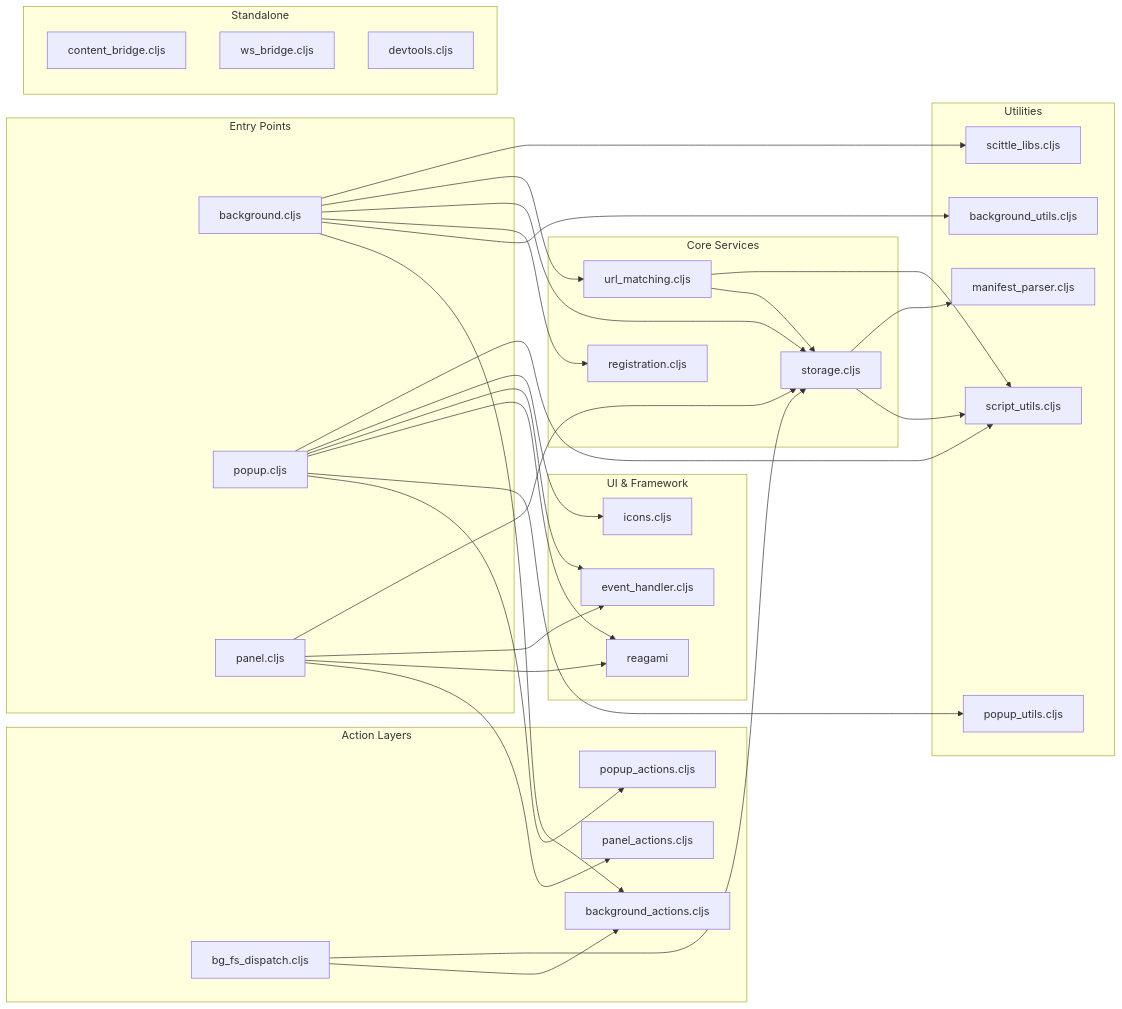
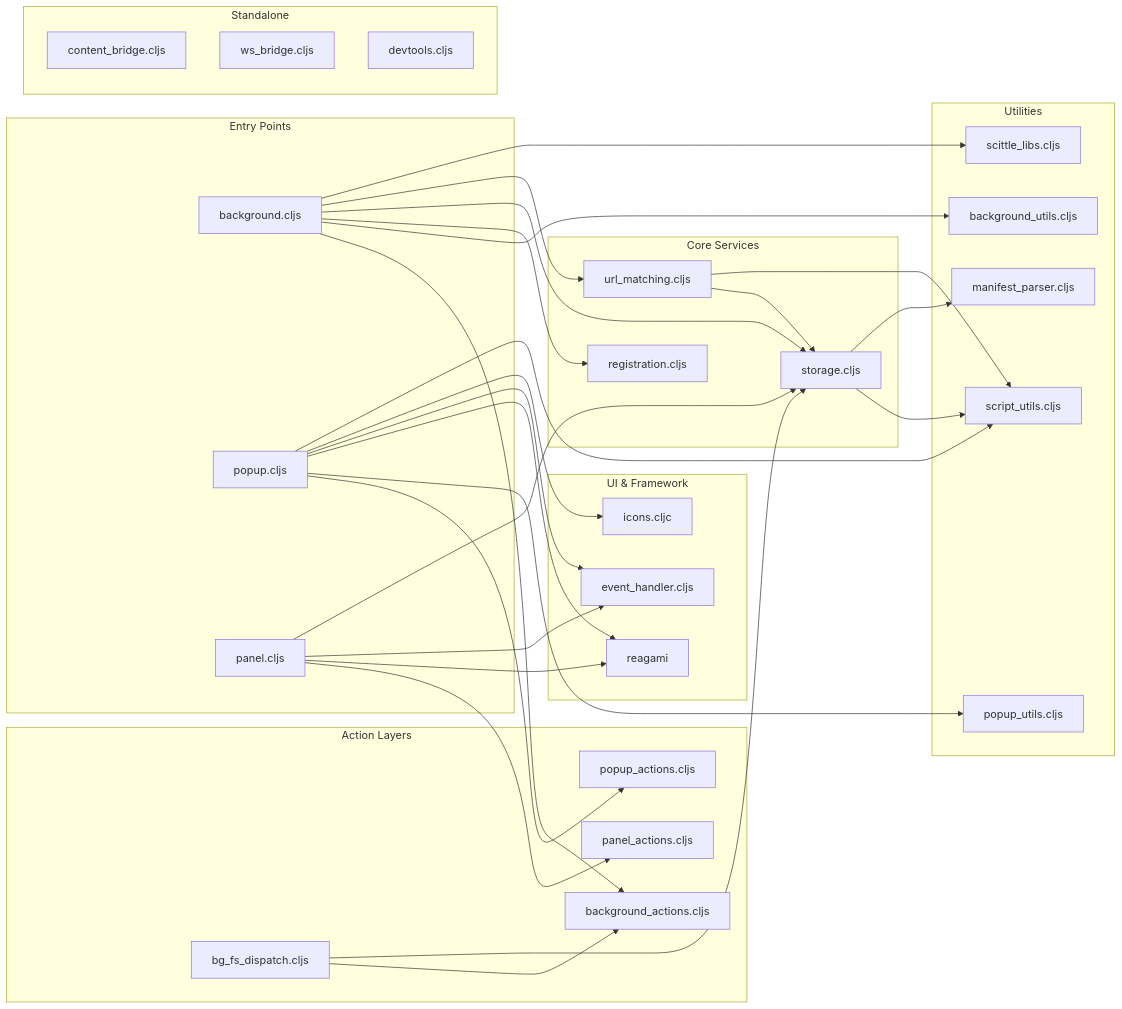
The diagram in dev/docs/architecture/components.md (PEZ/epupp), drawn with Mermaid before and after one commit. The commit also changed other lines of this file and 9 other files, not shown here.

Commit message:
icons.cljc

````diff
--- a/dev/docs/architecture/components.md
+++ b/dev/docs/architecture/components.md
@@ -46,72 +46,72 @@
 ```mermaid
 graph LR
     subgraph "Entry Points"
         background.cljs
         popup.cljs
         panel.cljs
     end
 
     subgraph "Action Layers"
         background_actions.cljs
         popup_actions.cljs
         panel_actions.cljs
         bg_fs_dispatch.cljs
     end
 
     subgraph "Core Services"
         storage.cljs
         url_matching.cljs
         registration.cljs
     end
 
     subgraph "Utilities"
         background_utils.cljs
         popup_utils.cljs
         script_utils.cljs
         manifest_parser.cljs
         scittle_libs.cljs
     end
 
     subgraph "UI & Framework"
         reagami
         event_handler.cljs
-        icons.cljs
+        icons.cljc
     end
 
     subgraph "Standalone"
         content_bridge.cljs:::standalone
         ws_bridge.cljs:::standalone
         devtools.cljs:::standalone
     end
 
     %% Background dependencies
     background.cljs --> background_actions.cljs
     background.cljs --> background_utils.cljs
     background.cljs --> registration.cljs
     background.cljs --> storage.cljs
     background.cljs --> url_matching.cljs
     background.cljs --> scittle_libs.cljs
 
     %% Popup dependencies
     popup.cljs --> popup_actions.cljs
     popup.cljs --> popup_utils.cljs
     popup.cljs --> reagami
     popup.cljs --> event_handler.cljs
-    popup.cljs --> icons.cljs
+    popup.cljs --> icons.cljc
     popup.cljs --> script_utils.cljs
 
     %% Panel dependencies
     panel.cljs --> panel_actions.cljs
     panel.cljs --> reagami
     panel.cljs --> event_handler.cljs
     panel.cljs --> storage.cljs
 
     %% Service dependencies
     storage.cljs --> script_utils.cljs
     storage.cljs --> manifest_parser.cljs
     url_matching.cljs --> storage.cljs
     url_matching.cljs --> script_utils.cljs
     bg_fs_dispatch.cljs --> background_actions.cljs
     bg_fs_dispatch.cljs --> storage.cljs
 
 ```
````
